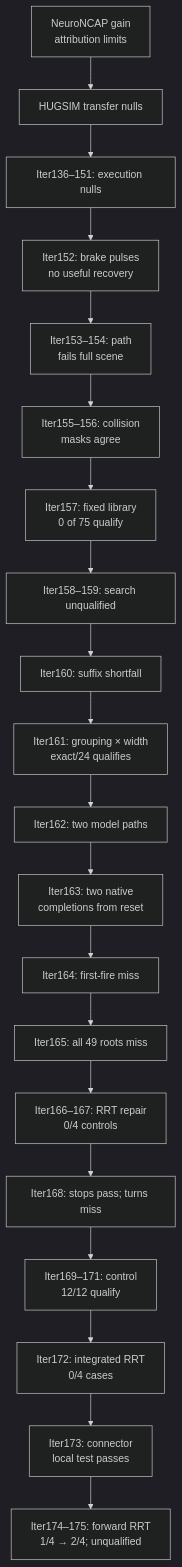
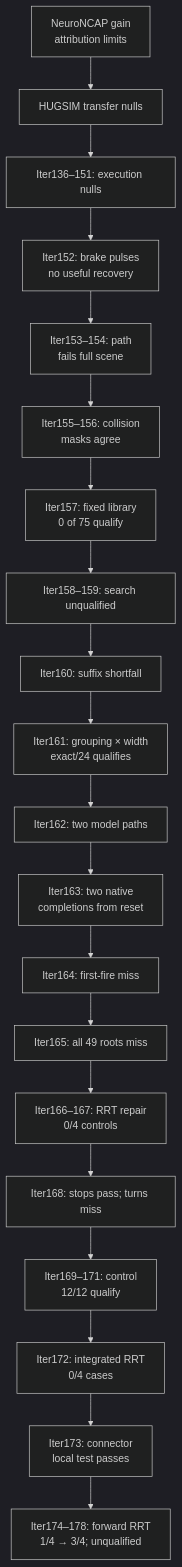
One commit to manfromnowhere143/sentinel changed the second of 3 diagrams in README.md. Above: the diagram before and after it, drawn with Mermaid (dark theme). The commit also changed other lines of this file and 18 other files, not shown here.

````diff
--- a/README.md
+++ b/README.md
@@ -228,24 +228,24 @@
 ```mermaid
 flowchart TB
   accTitle: How evidence changed the question
   accDescr: Local qualification is not first-fire recovery.
   N["NeuroNCAP gain<br/>attribution limits"] --> T["HUGSIM transfer nulls"]
   T --> E["Iter136–151: execution nulls"]
   E --> P["Iter152: brake pulses<br/>no useful recovery"]
   P --> M["Iter153–154: path<br/>fails full scene"]
   M --> W["Iter155–156: collision<br/>masks agree"]
   W --> L["Iter157: fixed library<br/>0 of 75 qualify"]
   L --> A["Iter158–159: search unqualified"]
   A --> K["Iter160: suffix shortfall"]
   K --> G["Iter161: grouping × width<br/>exact/24 qualifies"]
   G --> S["Iter162: two model paths"]
   S --> V["Iter163: two native<br/>completions from reset"]
   V --> B["Iter164: first-fire miss"]
   B --> D["Iter165: all 49 roots miss"]
   D --> R["Iter166–167: RRT repair<br/>0/4 controls"]
   R --> J["Iter168: stops pass; turns miss"]
   J --> H["Iter169–171: control<br/>12/12 qualify"]
   H --> I["Iter172: integrated RRT<br/>0/4 cases"]
   I --> O["Iter173: connector<br/>local test passes"]
-  O --> U["Iter174–175: forward RRT<br/>1/4 → 2/4; unqualified"]
+  O --> U["Iter174–178: forward RRT<br/>1/4 → 3/4; unqualified"]
 ```
````
